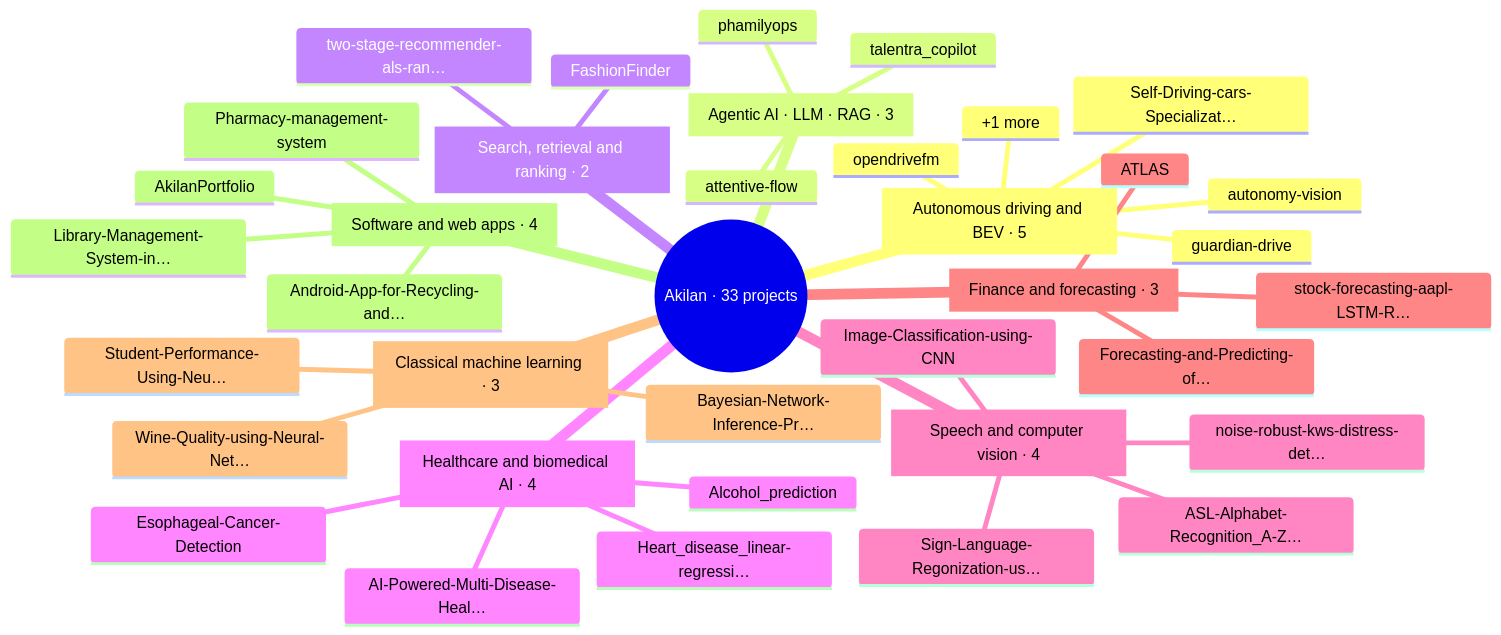
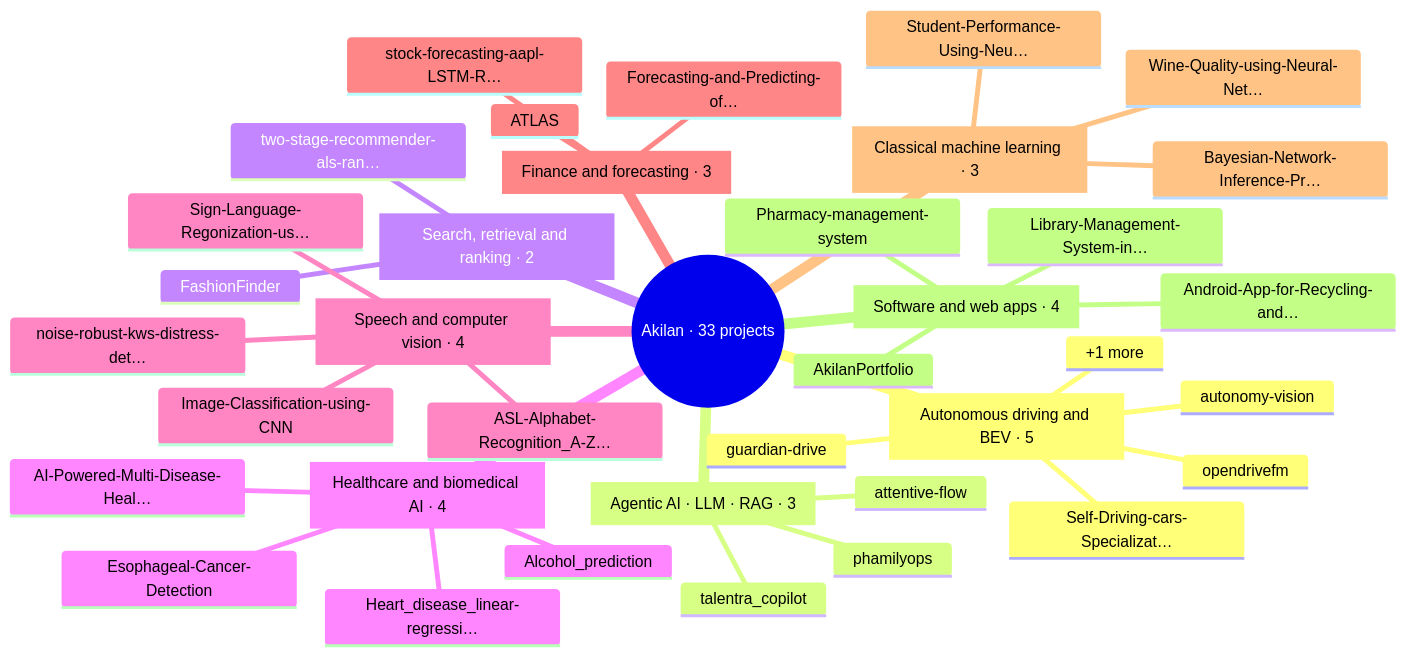
The diagram in README.md (AkilanManivannanak/AkilanManivannanak), drawn with Mermaid before and after one commit. The commit also changed other lines of this file and 12 other files, not shown here.

````diff
--- a/README.md
+++ b/README.md
@@ -99,40 +99,40 @@
 ```mermaid
 mindmap
   root((Akilan · 33 projects))
     av[Autonomous driving and BEV · 5]
       opendrivefm
       guardian-drive
       Self-Driving-cars-Specializat…
       autonomy-vision
       +1 more
     agentic[Agentic AI · LLM · RAG · 3]
       talentra_copilot
       attentive-flow
       phamilyops
     rank[Search, retrieval and ranking · 2]
+      FashionFinder
       two-stage-recommender-als-ran…
-      FashionFinder
     health[Healthcare and biomedical AI · 4]
       Esophageal-Cancer-Detection
       AI-Powered-Multi-Disease-Heal…
       Alcohol_prediction
       Heart_disease_linear-regressi…
     signal[Speech and computer vision · 4]
+      ASL-Alphabet-Recognition_A-Z…
       noise-robust-kws-distress-det…
       Sign-Language-Regonization-us…
-      ASL-Alphabet-Recognition_A-Z…
       Image-Classification-using-CNN
     finance[Finance and forecasting · 3]
       stock-forecasting-aapl-LSTM-R…
+      Forecasting-and-Predicting-of…
       ATLAS
-      Forecasting-and-Predicting-of…
     ml[Classical machine learning · 3]
       Student-Performance-Using-Neu…
       Bayesian-Network-Inference-Pr…
       Wine-Quality-using-Neural-Net…
     apps[Software and web apps · 4]
       AkilanPortfolio
       Library-Management-System-in…
       Pharmacy-management-system
       Android-App-for-Recycling-and…
 ```
````
